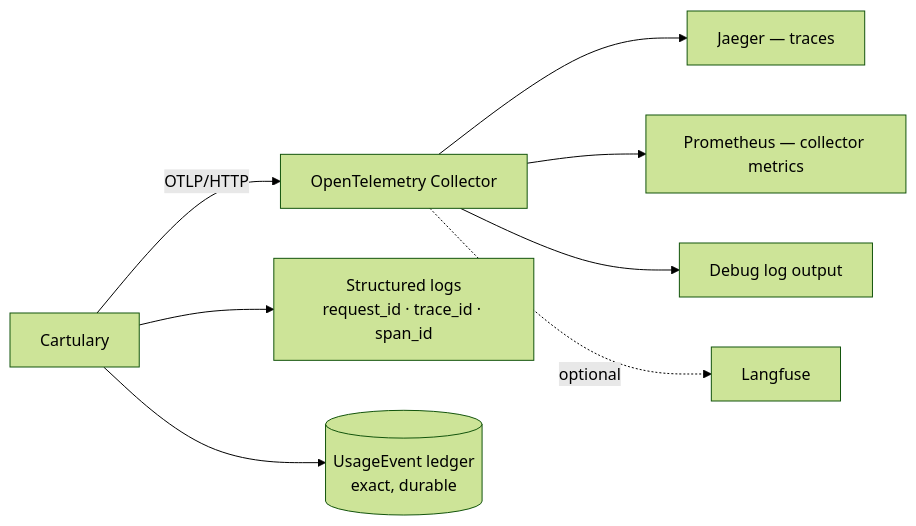
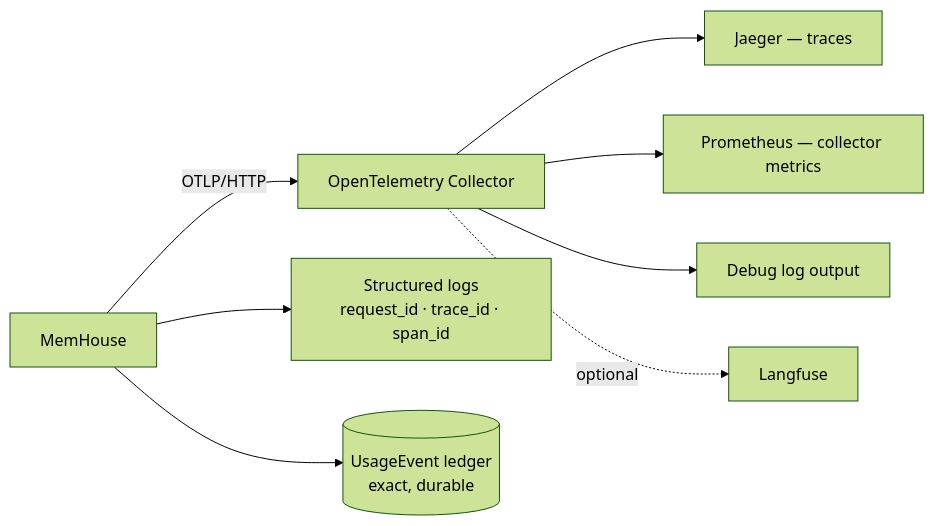
One commit to cartularyhq/cartulary changed the diagram in docs/operations/observability.md. Above: the diagram before and after it, drawn with Mermaid (forest theme). The commit also changed other lines of this file and 410 other files, not shown here.

Commit message:
rename to MemHouse

````diff
--- a/docs/operations/observability.md
+++ b/docs/operations/observability.md
@@ -8,10 +8,10 @@
 ```mermaid
 flowchart LR
-    APP[Cartulary] -->|OTLP/HTTP| COL[OpenTelemetry Collector]
+    APP[MemHouse] -->|OTLP/HTTP| COL[OpenTelemetry Collector]
     COL --> J[Jaeger — traces]
     COL --> P[Prometheus — collector metrics]
     COL --> D[Debug log output]
     COL -. optional .-> LF[Langfuse]
     APP --> LOG[Structured logs<br/>request_id · trace_id · span_id]
     APP --> LED[(UsageEvent ledger<br/>exact, durable)]
 ```
````
